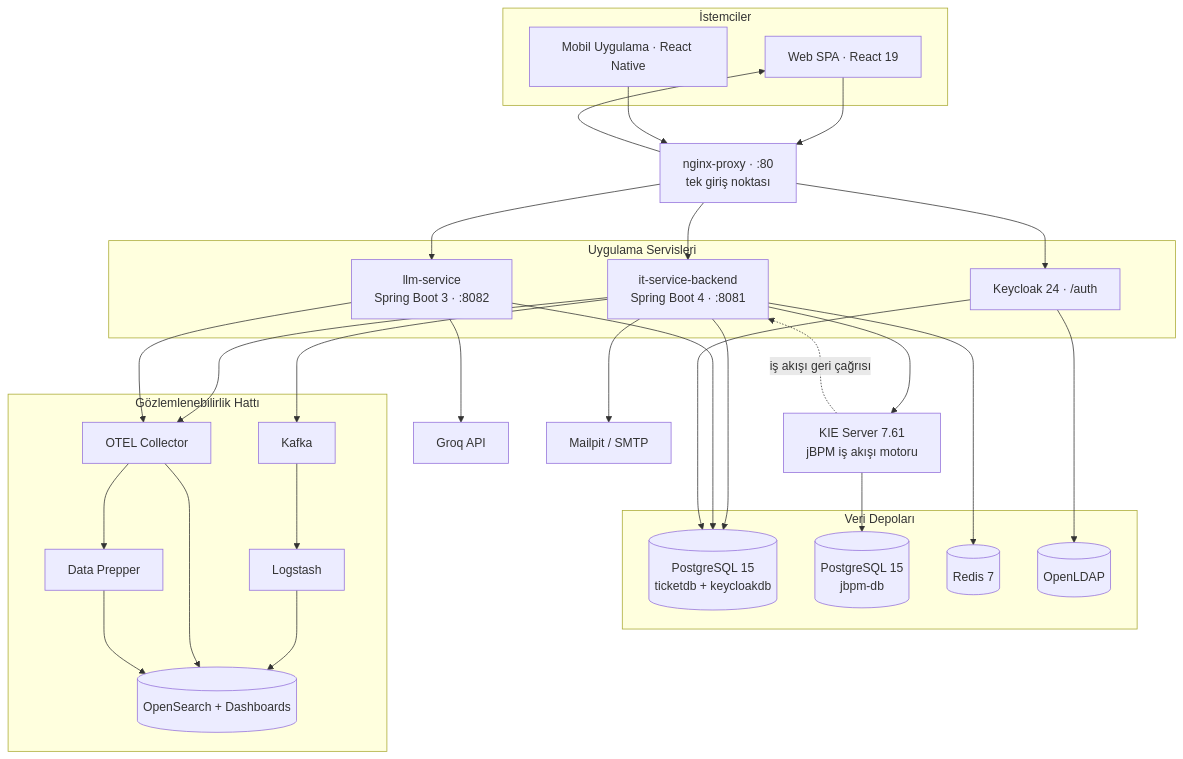
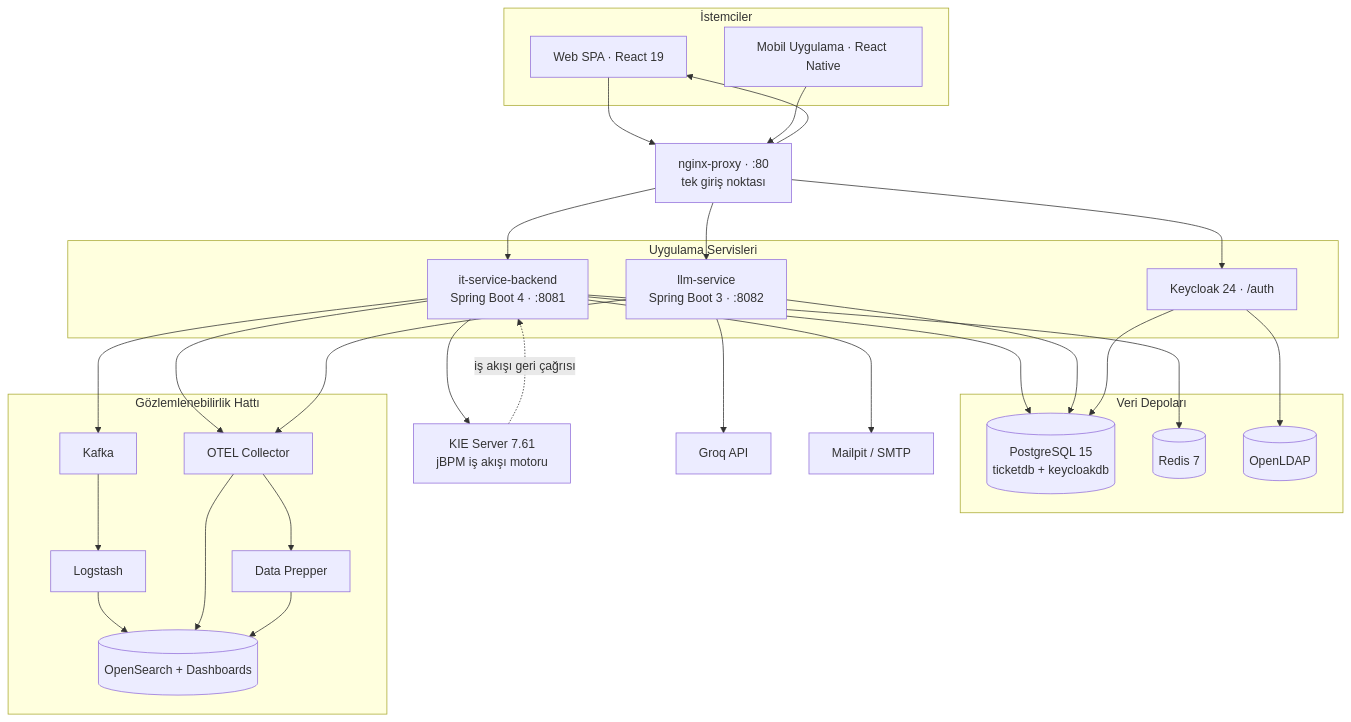
Before and after one commit to UKBey/TicketSystem: the second of 6 diagrams in docs/ARCHITECTURE.tr.md, drawn with Mermaid. The commit also changed other lines of this file and 10 other files, not shown here.

````diff
--- a/docs/ARCHITECTURE.tr.md
+++ b/docs/ARCHITECTURE.tr.md
@@ -66,60 +66,58 @@
 ```mermaid
 flowchart TB
     subgraph clients[İstemciler]
         web[Web SPA · React 19]
         mobile[Mobil Uygulama · React Native]
     end
 
     nginx[nginx-proxy · :80<br/>tek giriş noktası]
 
     subgraph apps[Uygulama Servisleri]
         be[it-service-backend<br/>Spring Boot 4 · :8081]
         llm[llm-service<br/>Spring Boot 3 · :8082]
         kc[Keycloak 24 · /auth]
     end
 
     kie[KIE Server 7.61<br/>jBPM iş akışı motoru]
 
     subgraph data[Veri Depoları]
         pg[(PostgreSQL 15<br/>ticketdb + keycloakdb)]
-        jpg[(PostgreSQL 15<br/>jbpm-db)]
         redis[(Redis 7)]
         ldap[(OpenLDAP)]
     end
 
     subgraph obs[Gözlemlenebilirlik Hattı]
         kafka[Kafka]
         logstash[Logstash]
         otel[OTEL Collector]
         dp[Data Prepper]
         os[(OpenSearch + Dashboards)]
     end
 
     groq[Groq API]
     mail[Mailpit / SMTP]
 
     web --> nginx
     mobile --> nginx
     nginx --> be
     nginx --> llm
     nginx --> kc
     nginx --> web
 
     be --> pg
     be --> redis
     be --> kie
     be --> mail
     llm --> pg
     llm --> groq
     kc --> ldap
     kc --> pg
-    kie --> jpg
     kie -. iş akışı geri çağrısı .-> be
 
     be --> kafka
     be --> otel
     llm --> otel
     kafka --> logstash --> os
     otel --> os
     otel --> dp --> os
 ```
````
